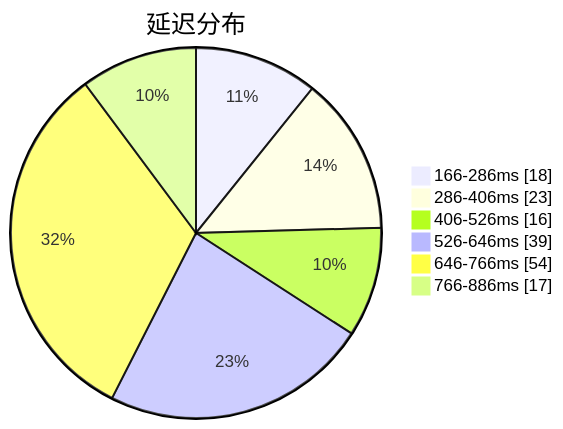
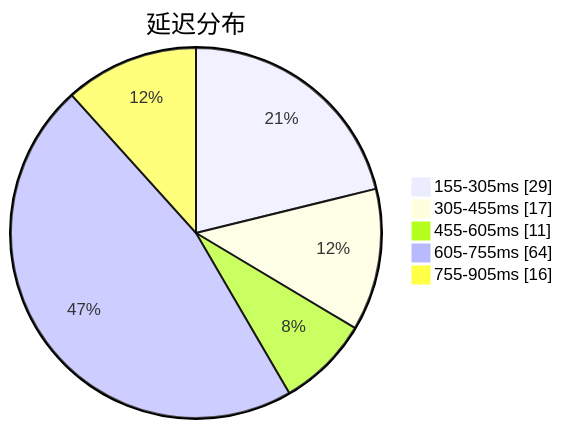
The first of 3 diagrams in subs/statistics/tested_within.md (qjlxg/airport), drawn with Mermaid before and after one commit. The commit also changed other lines of this file and 2 other files, not shown here.

Commit message:
Tested by metaST

````diff
--- a/subs/statistics/tested_within.md
+++ b/subs/statistics/tested_within.md
@@ -2,10 +2,9 @@
 ```mermaid
 pie showData
 title 延迟分布
-"166-286ms" : 18
-"286-406ms" : 23
-"406-526ms" : 16
-"526-646ms" : 39
-"646-766ms" : 54
-"766-886ms" : 17
+"155-305ms" : 29
+"305-455ms" : 17
+"455-605ms" : 11
+"605-755ms" : 64
+"755-905ms" : 16
 ```
````
